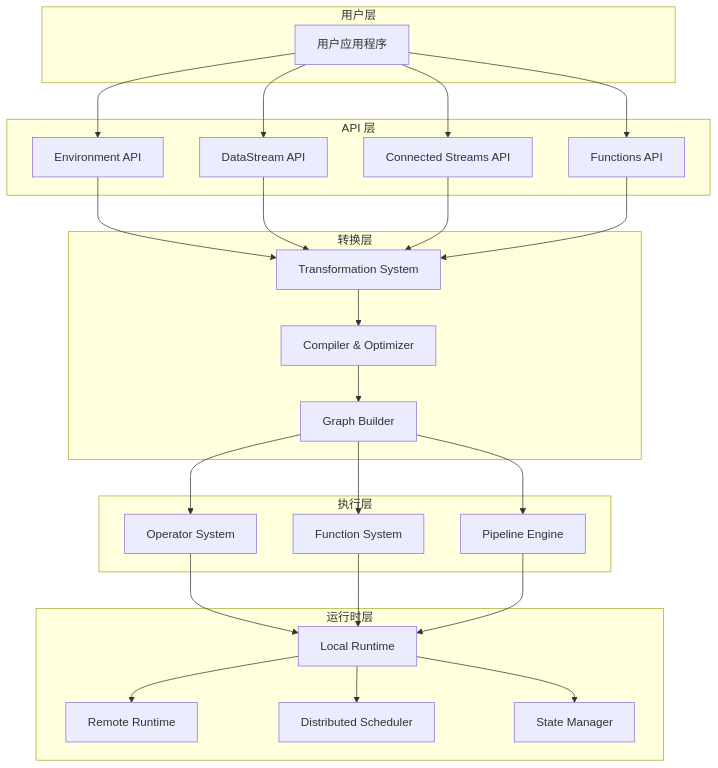
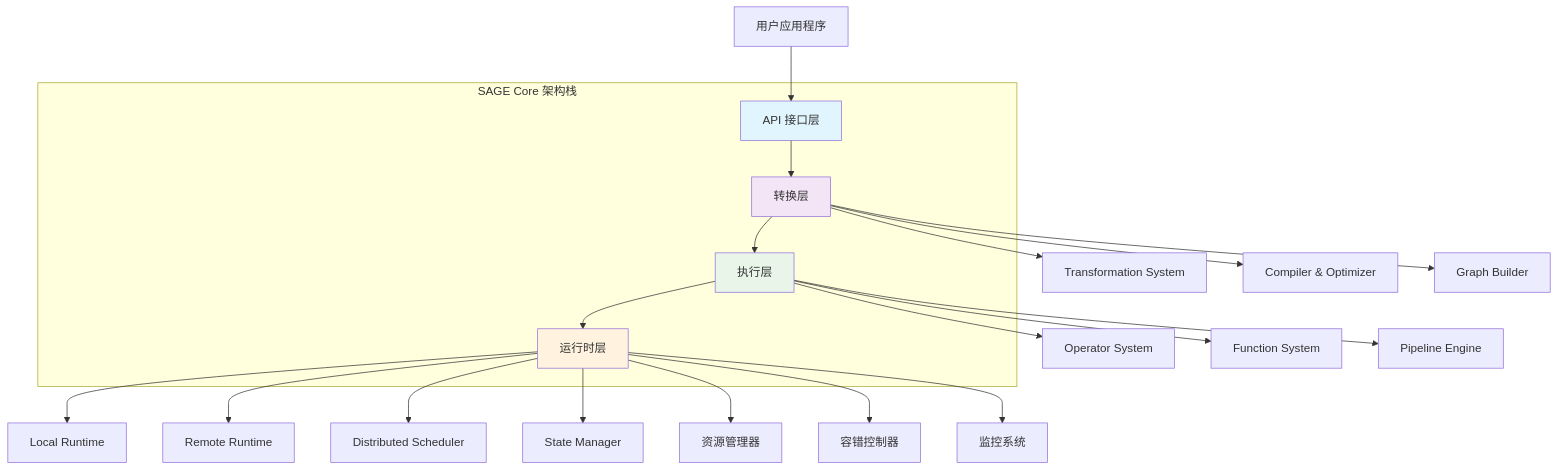
The first of 3 diagrams in docs_src/kernel/core/core_overview.md (peilin9990/SAGE-Pub), drawn with Mermaid before and after one commit. The commit also changed other lines of this file and 4 other files, not shown here.

````diff
--- a/docs_src/kernel/core/core_overview.md
+++ b/docs_src/kernel/core/core_overview.md
@@ -9,57 +9,32 @@
 ```mermaid
-graph TB
-    subgraph "用户层"
-        A[用户应用程序]
+graph TD
+    A[用户应用程序] --> B[API 接口层]
+    
+    subgraph "SAGE Core 架构栈"
+        B --> C[转换层]
+        C --> D[执行层]
+        D --> E[运行时层]
     end
     
-    subgraph "API 层"
-        B[Environment API]
-        C[DataStream API]
-        D[Connected Streams API]
-        E[Functions API]
-    end
+    C --> F[Transformation System]
+    C --> G[Compiler & Optimizer]
+    C --> H[Graph Builder]
     
-    subgraph "转换层"
-        F[Transformation System]
-        G[Compiler & Optimizer]
-        H[Graph Builder]
-    end
+    D --> I[Operator System]
+    D --> J[Function System]
+    D --> K[Pipeline Engine]
     
-    subgraph "执行层"
-        I[Operator System]
-        J[Function System]
-        K[Pipeline Engine]
-    end
+    E --> L[Local Runtime]
+    E --> M[Remote Runtime]
+    E --> N[Distributed Scheduler]
+    E --> O[State Manager]
     
-    subgraph "运行时层"
-        L[Local Runtime]
-        M[Remote Runtime]
-        N[Distributed Scheduler]
-        O[State Manager]
-    end
+    E --> P[资源管理器]
+    E --> Q[容错控制器]
+    E --> R[监控系统]
     
-    A --> B
-    A --> C
-    A --> D
-    A --> E
-    
-    B --> F
-    C --> F
-    D --> F
-    E --> F
-    
-    F --> G
-    G --> H
-    
-    H --> I
-    H --> J
-    H --> K
-    
-    I --> L
-    J --> L
-    K --> L
-    
-    L --> M
-    L --> N
-    L --> O
+    style B fill:#e1f5fe
+    style C fill:#f3e5f5
+    style D fill:#e8f5e8
+    style E fill:#fff3e0
 ```
````
